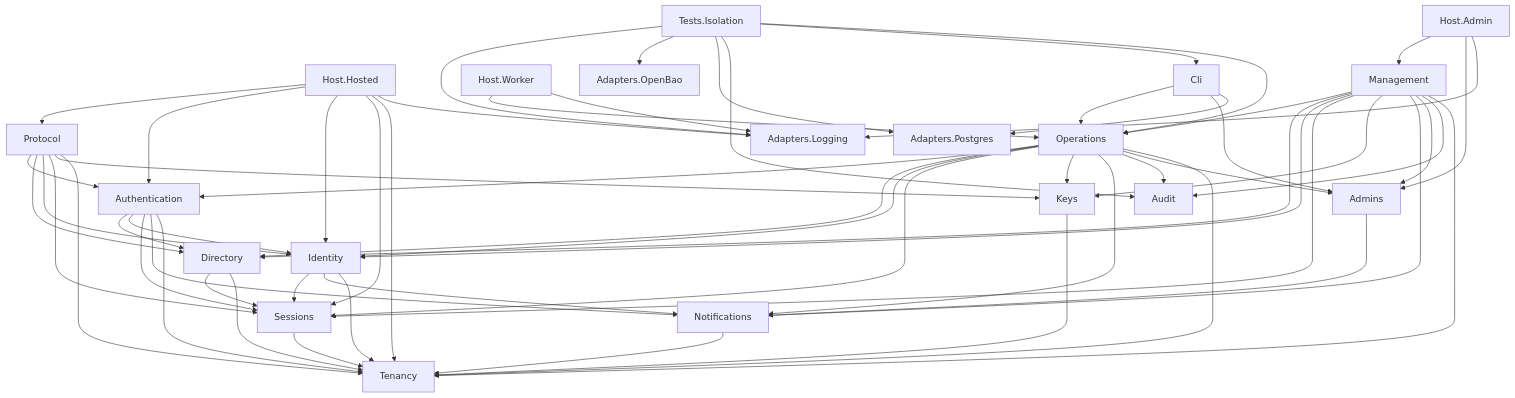
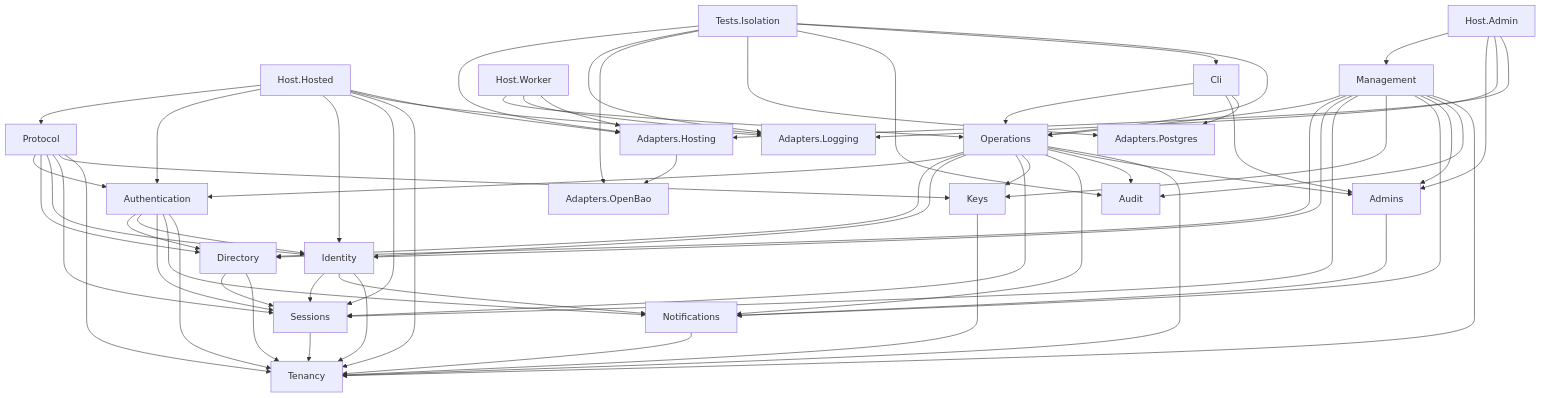
The diagram in docs/architecture/module-dependencies.md (shanilmelder/gatekeep), drawn with Mermaid before and after one commit. The commit also changed 68 other files, not shown here.

```diff
--- a/docs/architecture/module-dependencies.md
+++ b/docs/architecture/module-dependencies.md
@@ -13,6 +13,7 @@
   Sessions[Sessions]
   Tenancy[Tenancy]
   AdaptersLogging[Adapters.Logging]
+  AdaptersHosting[Adapters.Hosting]
   HostAdmin[Host.Admin]
   Management[Management]
   Admins[Admins]
@@ -24,19 +25,22 @@
   Keys[Keys]
   Notifications[Notifications]
   Audit[Audit]
+  AdaptersOpenBao[Adapters.OpenBao]
   TestsIsolation[Tests.Isolation]
-  AdaptersOpenBao[Adapters.OpenBao]
   HostHosted --> Protocol
   HostHosted --> Authentication
   HostHosted --> Identity
   HostHosted --> Sessions
   HostHosted --> Tenancy
   HostHosted --> AdaptersLogging
+  HostHosted --> AdaptersHosting
   HostAdmin --> Management
   HostAdmin --> Admins
   HostAdmin --> AdaptersLogging
+  HostAdmin --> AdaptersHosting
   HostWorker --> Operations
   HostWorker --> AdaptersLogging
+  HostWorker --> AdaptersHosting
   Cli --> Operations
   Cli --> Admins
   Cli --> AdaptersPostgres
@@ -78,6 +82,8 @@
   Sessions --> Tenancy
   Notifications --> Tenancy
   Admins --> Notifications
+  AdaptersHosting --> AdaptersOpenBao
+  TestsIsolation --> AdaptersHosting
   TestsIsolation --> AdaptersLogging
   TestsIsolation --> AdaptersOpenBao
   TestsIsolation --> AdaptersPostgres
```
